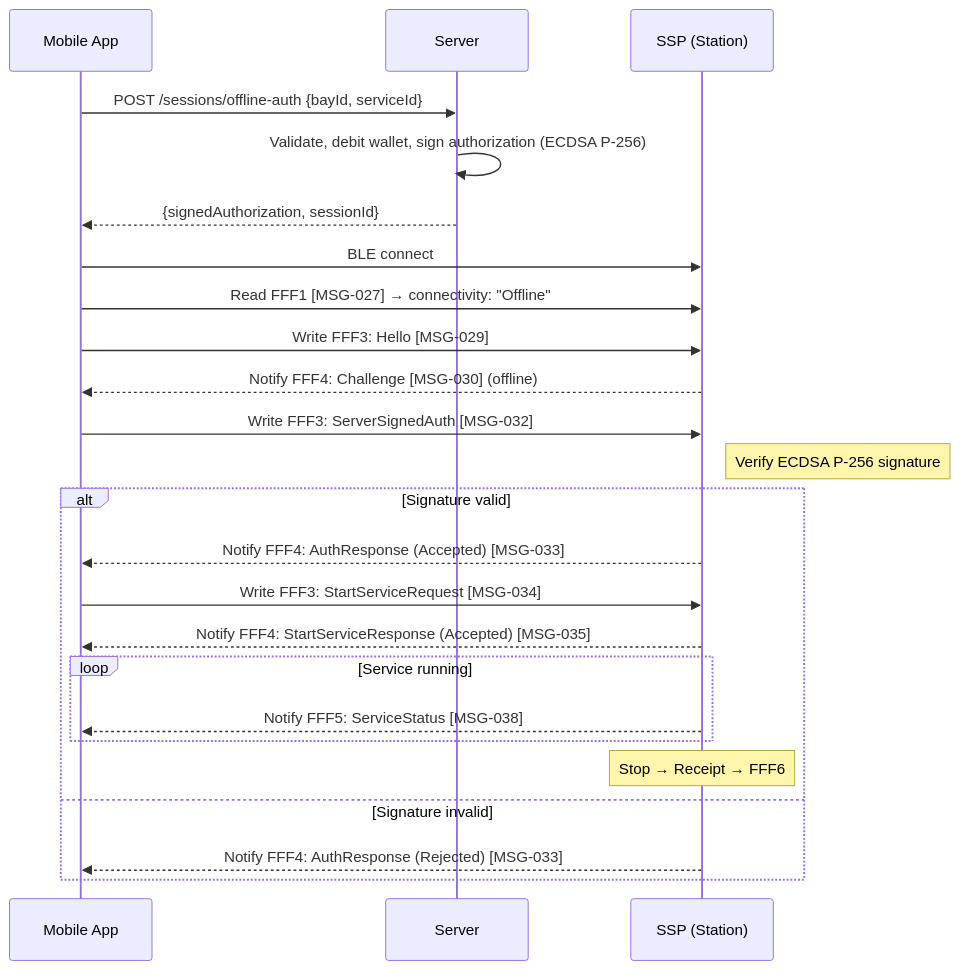
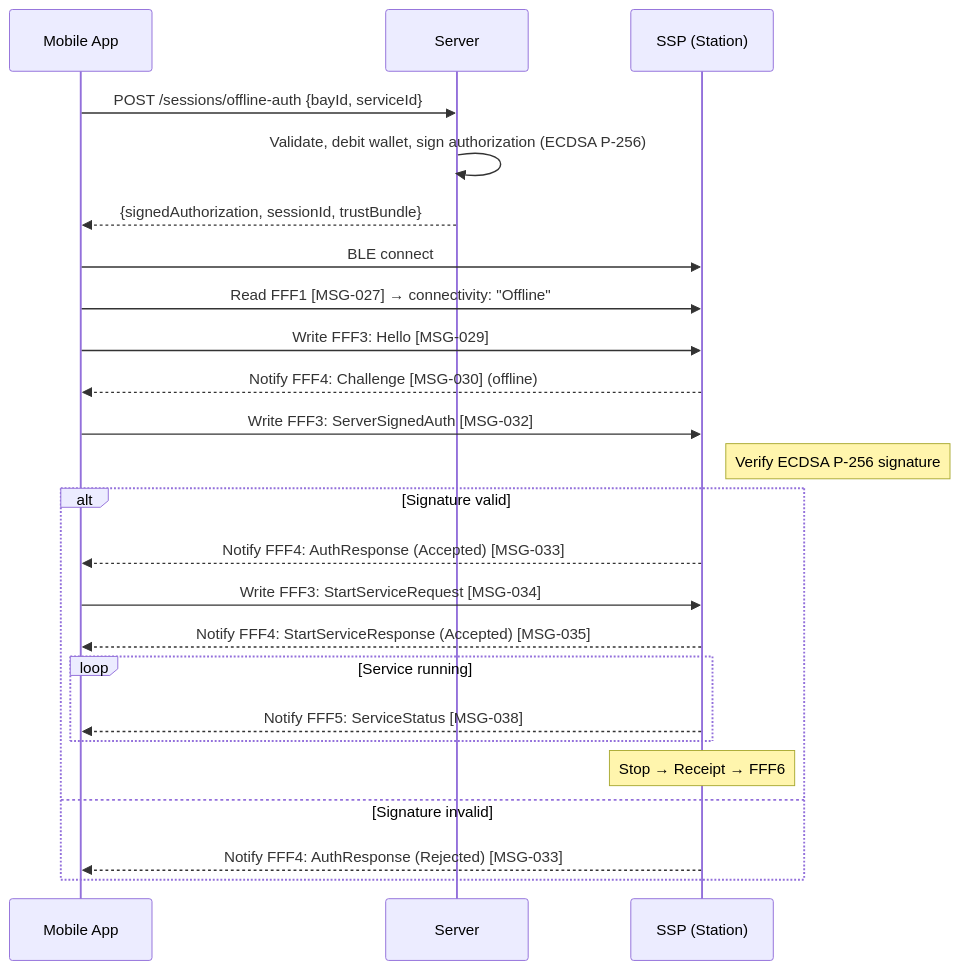
Before and after one commit to ospp-org/spec: the sixth of 19 diagrams in spec/04-flows.md, drawn with Mermaid. The commit also changed other lines of this file and 7 other files, not shown here.

First line of the commit message:
spec: in Partial A the phone receives the Station CA, its CRL and the server key set in the same server response that carries its authorization (Gabi's decision 9 of 2026-10-05)

````diff
--- a/spec/04-flows.md
+++ b/spec/04-flows.md
@@ -859,32 +859,32 @@
 ```mermaid
 sequenceDiagram
     participant App as Mobile App
     participant Server
     participant SSP as SSP (Station)
 
     App->>Server: POST /sessions/offline-auth {bayId, serviceId}
     Server->>Server: Validate, debit wallet, sign authorization (ECDSA P-256)
-    Server-->>App: {signedAuthorization, sessionId}
+    Server-->>App: {signedAuthorization, sessionId, trustBundle}
 
     App->>SSP: BLE connect
     App->>SSP: Read FFF1 [MSG-027] → connectivity: "Offline"
     App->>SSP: Write FFF3: Hello [MSG-029]
     SSP-->>App: Notify FFF4: Challenge [MSG-030] (offline)
 
     App->>SSP: Write FFF3: ServerSignedAuth [MSG-032]
     Note right of SSP: Verify ECDSA P-256 signature
 
     alt Signature valid
         SSP-->>App: Notify FFF4: AuthResponse (Accepted) [MSG-033]
         App->>SSP: Write FFF3: StartServiceRequest [MSG-034]
         SSP-->>App: Notify FFF4: StartServiceResponse (Accepted) [MSG-035]
 
         loop Service running
             SSP-->>App: Notify FFF5: ServiceStatus [MSG-038]
         end
 
         Note over SSP: Stop → Receipt → FFF6
     else Signature invalid
         SSP-->>App: Notify FFF4: AuthResponse (Rejected) [MSG-033]
     end
 ```
````
